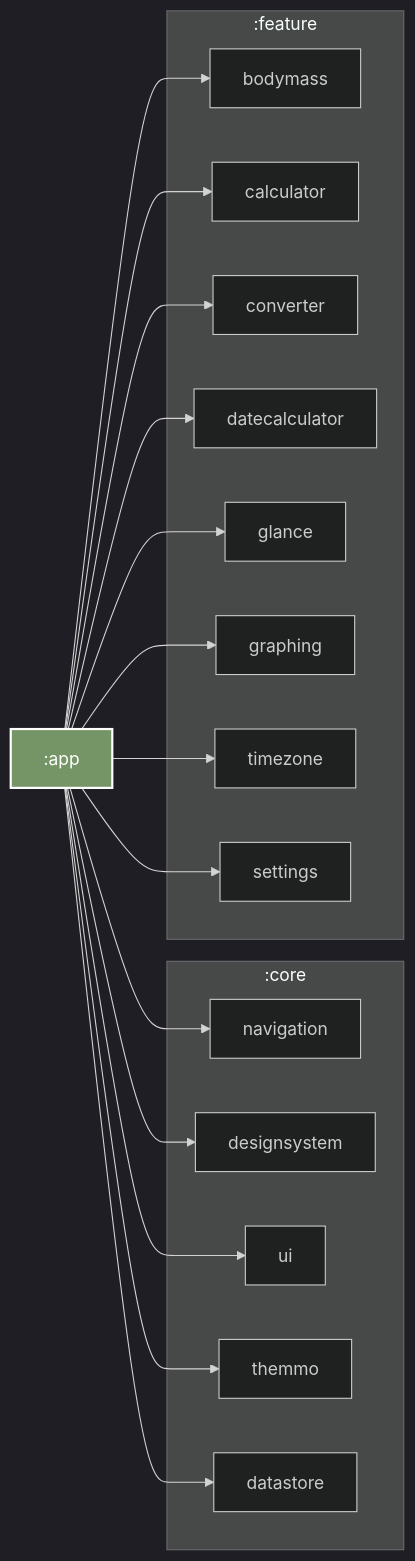
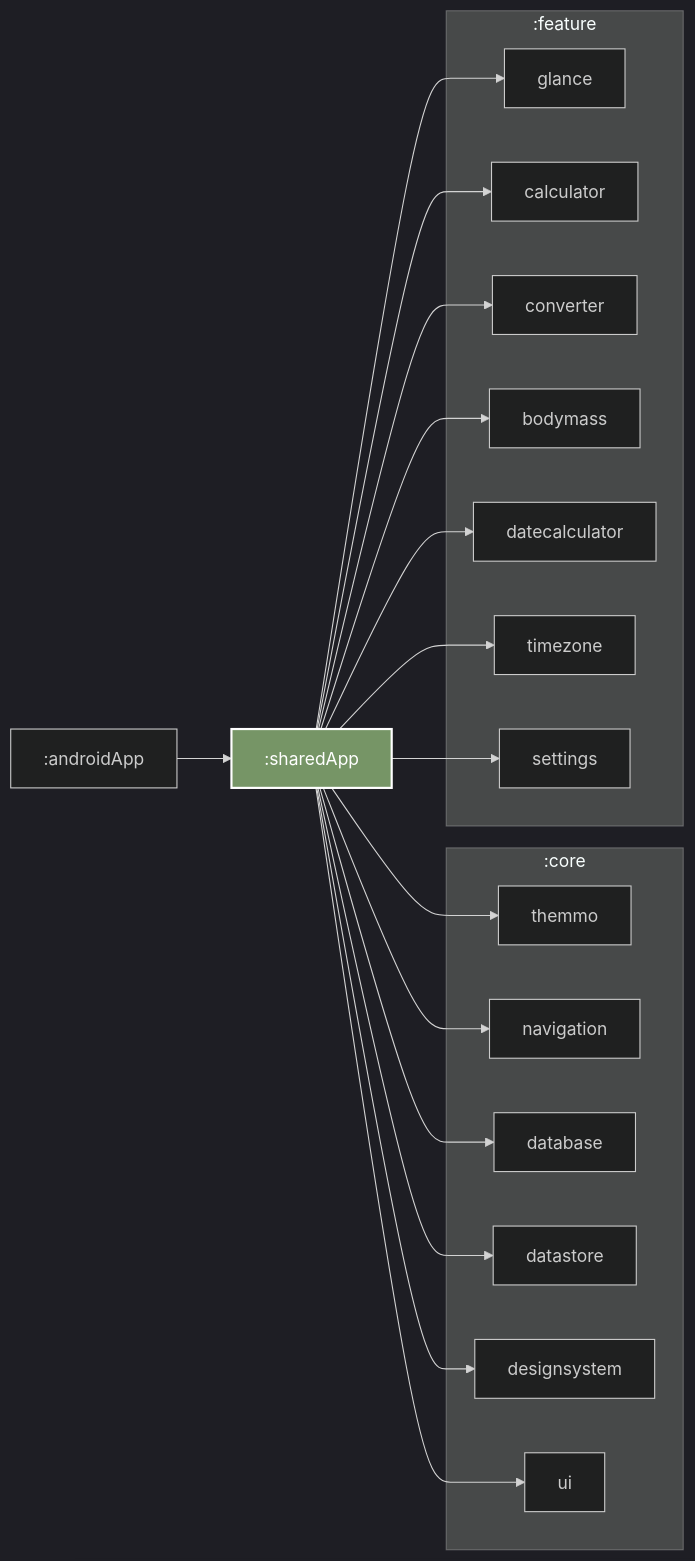
One commit to ojppe/unitto changed the diagram in sharedApp/README.md. Above: the diagram before and after it, drawn with Mermaid. The commit also changed 22 other files, not shown here.

Commit message:
update graphs

````diff
--- a/sharedApp/README.md
+++ b/sharedApp/README.md
@@ -7,42 +7,43 @@
 ```mermaid
 %%{
   init: {
     'theme': 'dark'
   }
 }%%
 
 graph LR
   subgraph :core
+    :core:themmo["themmo"]
     :core:navigation["navigation"]
+    :core:database["database"]
+    :core:datastore["datastore"]
     :core:designsystem["designsystem"]
     :core:ui["ui"]
-    :core:themmo["themmo"]
-    :core:datastore["datastore"]
   end
   subgraph :feature
-    :feature:bodymass["bodymass"]
+    :feature:glance["glance"]
     :feature:calculator["calculator"]
     :feature:converter["converter"]
+    :feature:bodymass["bodymass"]
     :feature:datecalculator["datecalculator"]
-    :feature:glance["glance"]
-    :feature:graphing["graphing"]
     :feature:timezone["timezone"]
     :feature:settings["settings"]
   end
-  :app --> :core:navigation
-  :app --> :core:designsystem
-  :app --> :core:ui
-  :app --> :core:themmo
-  :app --> :core:datastore
-  :app --> :feature:bodymass
-  :app --> :feature:calculator
-  :app --> :feature:converter
-  :app --> :feature:datecalculator
-  :app --> :feature:glance
-  :app --> :feature:graphing
-  :app --> :feature:timezone
-  :app --> :feature:settings
+  :sharedApp --> :feature:glance
+  :sharedApp --> :core:themmo
+  :sharedApp --> :core:navigation
+  :sharedApp --> :core:database
+  :sharedApp --> :core:datastore
+  :sharedApp --> :core:designsystem
+  :sharedApp --> :core:ui
+  :sharedApp --> :feature:calculator
+  :sharedApp --> :feature:converter
+  :sharedApp --> :feature:bodymass
+  :sharedApp --> :feature:datecalculator
+  :sharedApp --> :feature:timezone
+  :sharedApp --> :feature:settings
+  :androidApp --> :sharedApp
 
 classDef focus fill:#769566,stroke:#fff,stroke-width:2px,color:#fff;
-class :app focus
+class :sharedApp focus
 ```
````
